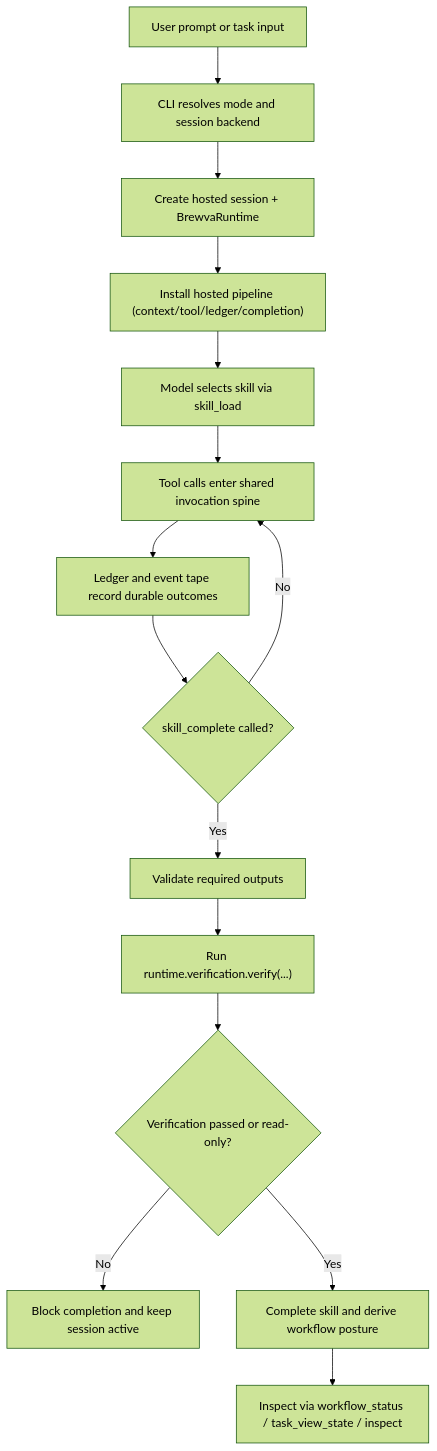
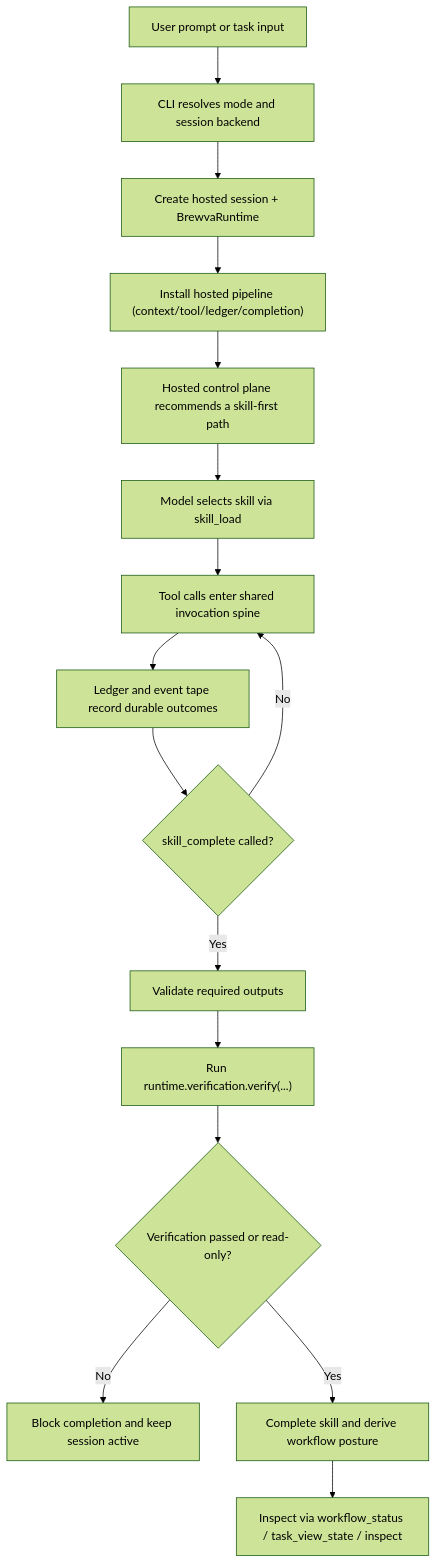
One commit to arcthur/brewva changed the diagram in docs/journeys/operator/interactive-session.md. Above: the diagram before and after it, drawn with Mermaid (forest theme). The commit also changed other lines of this file and 52 other files, not shown here.

````diff
--- a/docs/journeys/operator/interactive-session.md
+++ b/docs/journeys/operator/interactive-session.md
@@ -38,17 +38,18 @@
 ```mermaid
 flowchart TD
   A["User prompt or task input"] --> B["CLI resolves mode and session backend"]
   B --> C["Create hosted session + BrewvaRuntime"]
   C --> D["Install hosted pipeline (context/tool/ledger/completion)"]
-  D --> E["Model selects skill via skill_load"]
-  E --> F["Tool calls enter shared invocation spine"]
-  F --> G["Ledger and event tape record durable outcomes"]
-  G --> H{"skill_complete called?"}
-  H -->|No| F
-  H -->|Yes| I["Validate required outputs"]
-  I --> J["Run runtime.verification.verify(...)"]
-  J --> K{"Verification passed or read-only?"}
-  K -->|No| L["Block completion and keep session active"]
-  K -->|Yes| M["Complete skill and derive workflow posture"]
-  M --> N["Inspect via workflow_status / task_view_state / inspect"]
+  D --> E["Hosted control plane recommends a skill-first path"]
+  E --> F["Model selects skill via skill_load"]
+  F --> G["Tool calls enter shared invocation spine"]
+  G --> H["Ledger and event tape record durable outcomes"]
+  H --> I{"skill_complete called?"}
+  I -->|No| G
+  I -->|Yes| J["Validate required outputs"]
+  J --> K["Run runtime.verification.verify(...)"]
+  K --> L{"Verification passed or read-only?"}
+  L -->|No| M["Block completion and keep session active"]
+  L -->|Yes| N["Complete skill and derive workflow posture"]
+  N --> O["Inspect via workflow_status / task_view_state / inspect"]
 ```
````
